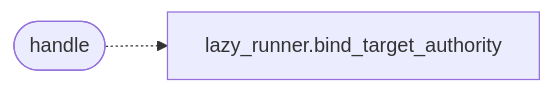
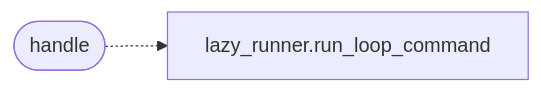
Before and after one commit to grisuno/LazyOwn: the diagram in readmenator-apidocs/modules/skills.mcp_tools.auto_loop.py.md, drawn with Mermaid. The commit also changed other lines of this file and 434 other files, not shown here.

````diff
--- a/readmenator-apidocs/modules/skills.mcp_tools.auto_loop.py.md
+++ b/readmenator-apidocs/modules/skills.mcp_tools.auto_loop.py.md
@@ -16,6 +21,6 @@
 ```mermaid
 flowchart LR
     n_skills_mcp_tools_auto_loop_py__handle(["handle"])
-    n_modules_lazy_runner_py__bind_target_authority["lazy_runner.bind_target_authority"]
-    n_skills_mcp_tools_auto_loop_py__handle -.-> n_modules_lazy_runner_py__bind_target_authority
+    n_modules_lazy_runner_py__run_loop_command["lazy_runner.run_loop_command"]
+    n_skills_mcp_tools_auto_loop_py__handle -.-> n_modules_lazy_runner_py__run_loop_command
 ```
````
